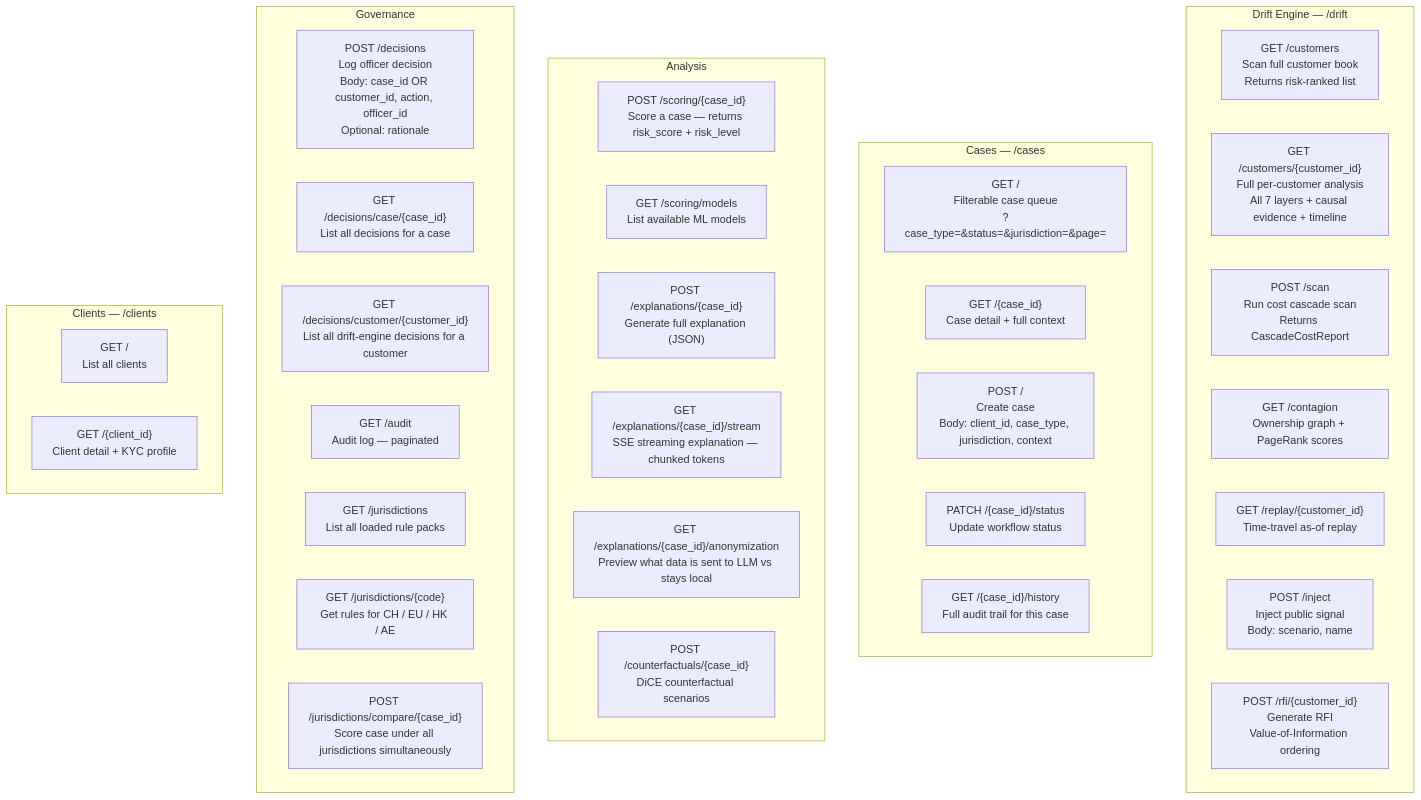
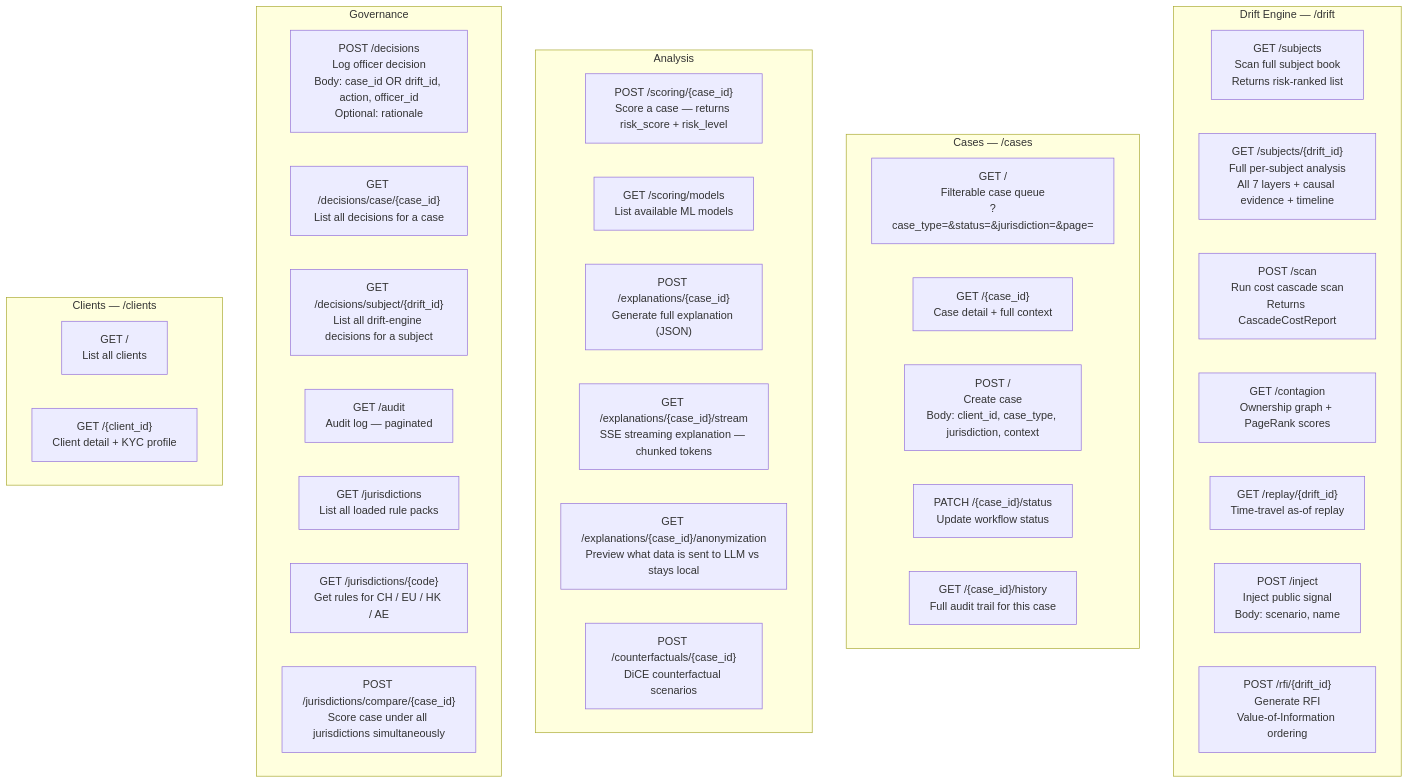
One commit to SteveDok22/Swisshacks-2026 changed the first of 3 diagrams in docs/api.md. Above: the diagram before and after it, drawn with Mermaid. The commit also changed other lines of this file and 45 other files, not shown here.

Commit message:
refactor(drift): rename drift identifier customer_id -> drift_id (#15)

````diff
--- a/docs/api.md
+++ b/docs/api.md
@@ -9,44 +9,44 @@
 ```mermaid
 flowchart TB
     subgraph Drift["Drift Engine  — /drift"]
-        D1["GET /customers\nScan full customer book\nReturns risk-ranked list"]
-        D2["GET /customers/{customer_id}\nFull per-customer analysis\nAll 7 layers + causal evidence + timeline"]
+        D1["GET /subjects\nScan full subject book\nReturns risk-ranked list"]
+        D2["GET /subjects/{drift_id}\nFull per-subject analysis\nAll 7 layers + causal evidence + timeline"]
         D3["POST /scan\nRun cost cascade scan\nReturns CascadeCostReport"]
         D4["GET /contagion\nOwnership graph + PageRank scores"]
-        D5["GET /replay/{customer_id}\nTime-travel as-of replay"]
+        D5["GET /replay/{drift_id}\nTime-travel as-of replay"]
         D6["POST /inject\nInject public signal\nBody: scenario, name"]
-        D7["POST /rfi/{customer_id}\nGenerate RFI\nValue-of-Information ordering"]
+        D7["POST /rfi/{drift_id}\nGenerate RFI\nValue-of-Information ordering"]
     end
 
     subgraph Cases["Cases  — /cases"]
         C1["GET /\nFilterable case queue\n?case_type=&status=&jurisdiction=&page="]
         C2["GET /{case_id}\nCase detail + full context"]
         C3["POST /\nCreate case\nBody: client_id, case_type, jurisdiction, context"]
         C4["PATCH /{case_id}/status\nUpdate workflow status"]
         C5["GET /{case_id}/history\nFull audit trail for this case"]
     end
 
     subgraph Analysis["Analysis"]
         A1["POST /scoring/{case_id}\nScore a case — returns risk_score + risk_level"]
         A2["GET /scoring/models\nList available ML models"]
         A3["POST /explanations/{case_id}\nGenerate full explanation (JSON)"]
         A4["GET /explanations/{case_id}/stream\nSSE streaming explanation — chunked tokens"]
         A5["GET /explanations/{case_id}/anonymization\nPreview what data is sent to LLM vs stays local"]
         A6["POST /counterfactuals/{case_id}\nDiCE counterfactual scenarios"]
     end
 
     subgraph Governance["Governance"]
-        G1["POST /decisions\nLog officer decision\nBody: case_id OR customer_id, action, officer_id\nOptional: rationale"]
+        G1["POST /decisions\nLog officer decision\nBody: case_id OR drift_id, action, officer_id\nOptional: rationale"]
         G2["GET /decisions/case/{case_id}\nList all decisions for a case"]
-        G7["GET /decisions/customer/{customer_id}\nList all drift-engine decisions for a customer"]
+        G7["GET /decisions/subject/{drift_id}\nList all drift-engine decisions for a subject"]
         G3["GET /audit\nAudit log — paginated"]
         G4["GET /jurisdictions\nList all loaded rule packs"]
         G5["GET /jurisdictions/{code}\nGet rules for CH / EU / HK / AE"]
         G6["POST /jurisdictions/compare/{case_id}\nScore case under all jurisdictions simultaneously"]
     end
 
     subgraph Clients["Clients  — /clients"]
         CL1["GET /\nList all clients"]
         CL2["GET /{client_id}\nClient detail + KYC profile"]
     end
 ```
````
